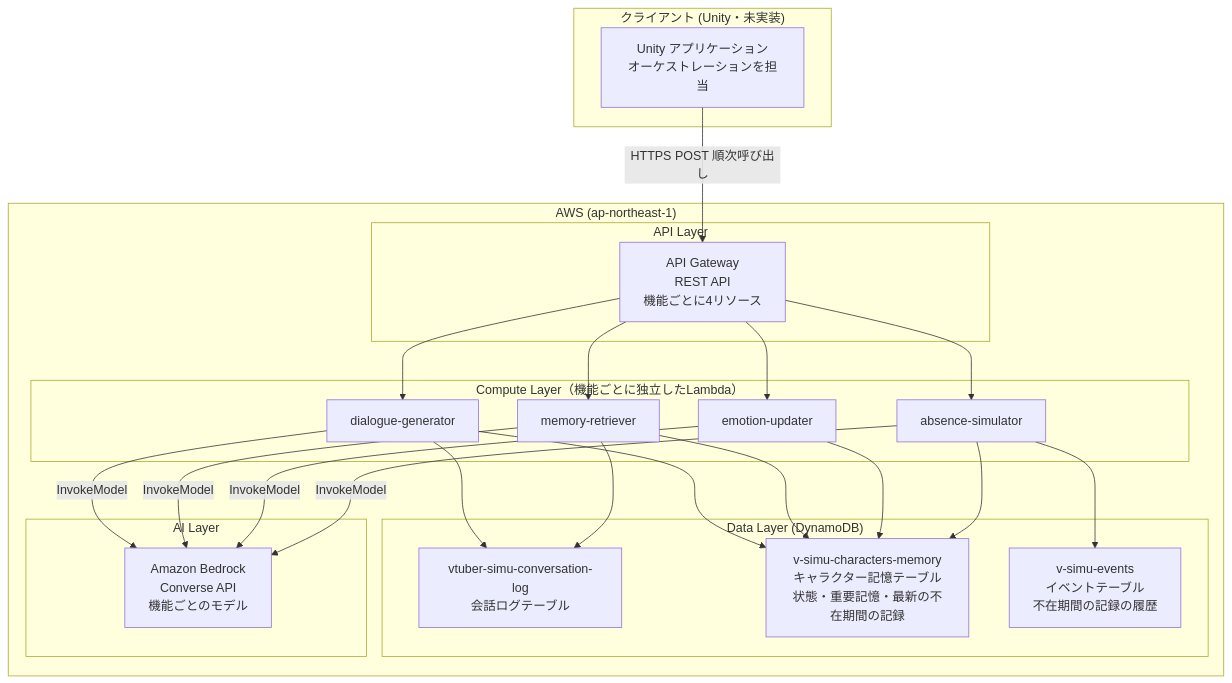
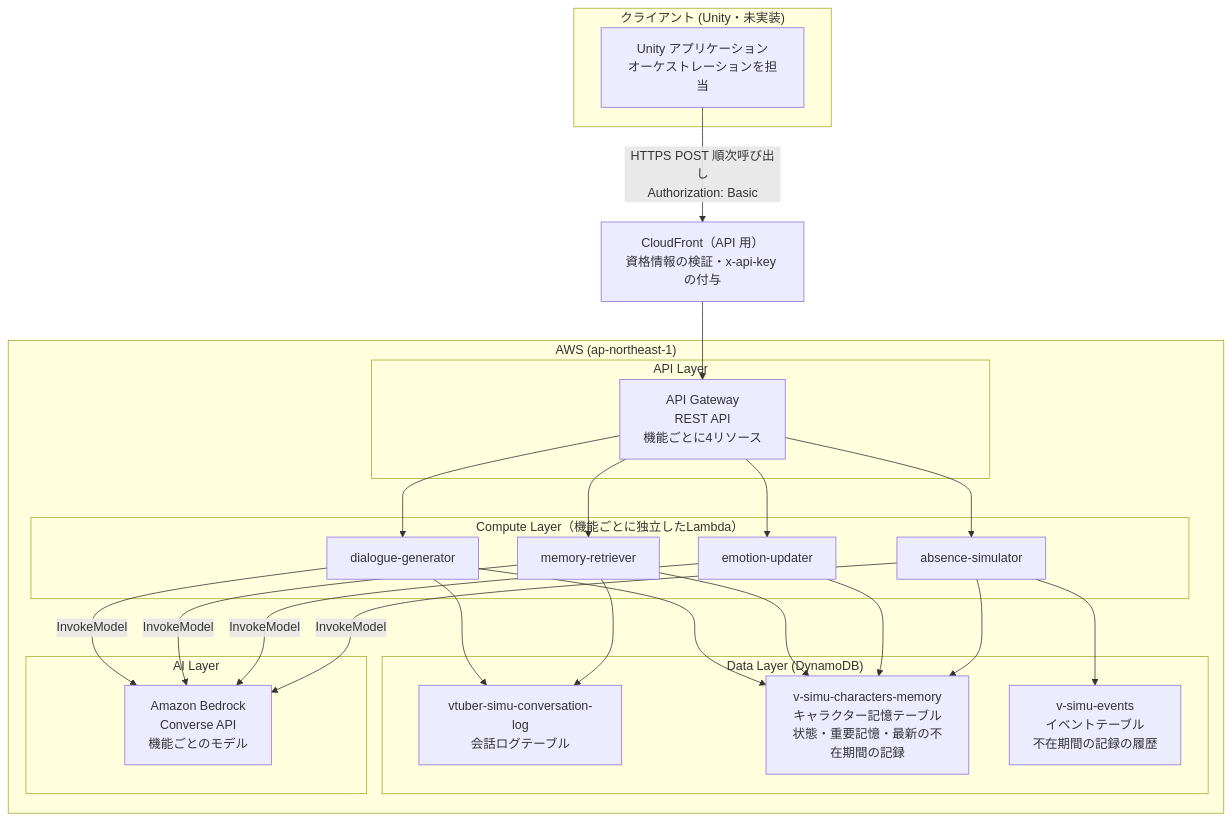
The first of 10 diagrams in README.md (yatohana1231-ux/vtuber-simulator-api), drawn with Mermaid before and after one commit. The commit also changed other lines of this file and 17 other files, not shown here.

Commit message:
feat: add API entrance (CloudFront + tester auth) and require API keys

````diff
--- a/README.md
+++ b/README.md
@@ -137,37 +137,38 @@
 ```mermaid
 graph TB
     subgraph Client["クライアント (Unity・未実装)"]
         UNITY[Unity アプリケーション<br/>オーケストレーションを担当]
     end
 
     subgraph AWS["AWS (ap-northeast-1)"]
         subgraph APILayer["API Layer"]
             APIGW[API Gateway<br/>REST API<br/>機能ごとに4リソース]
         end
         subgraph ComputeLayer["Compute Layer（機能ごとに独立したLambda）"]
             L1[absence-simulator]
             L3[emotion-updater]
             L4[memory-retriever]
             L5[dialogue-generator]
         end
         subgraph DataLayer["Data Layer (DynamoDB)"]
             CONV_LOG[vtuber-simu-conversation-log<br/>会話ログテーブル]
             CHAR_MEM[v-simu-characters-memory<br/>キャラクター記憶テーブル<br/>状態・重要記憶・最新の不在期間の記録]
             EVENTS[v-simu-events<br/>イベントテーブル<br/>不在期間の記録の履歴]
         end
         subgraph AILayer["AI Layer"]
             BEDROCK[Amazon Bedrock<br/>Converse API<br/>機能ごとのモデル]
         end
     end
 
-    UNITY -->|HTTPS POST 順次呼び出し| APIGW
+    UNITY -->|HTTPS POST 順次呼び出し<br/>Authorization: Basic| CFAPI[CloudFront（API 用）<br/>資格情報の検証・x-api-key の付与]
+    CFAPI --> APIGW
     APIGW --> L1 & L3 & L4 & L5
     L1 --> CHAR_MEM
     L1 --> EVENTS
     L3 --> CHAR_MEM
     L4 --> CHAR_MEM
     L4 --> CONV_LOG
     L5 --> CHAR_MEM
     L5 --> CONV_LOG
     L1 & L3 & L4 & L5 -->|InvokeModel| BEDROCK
 ```
````
